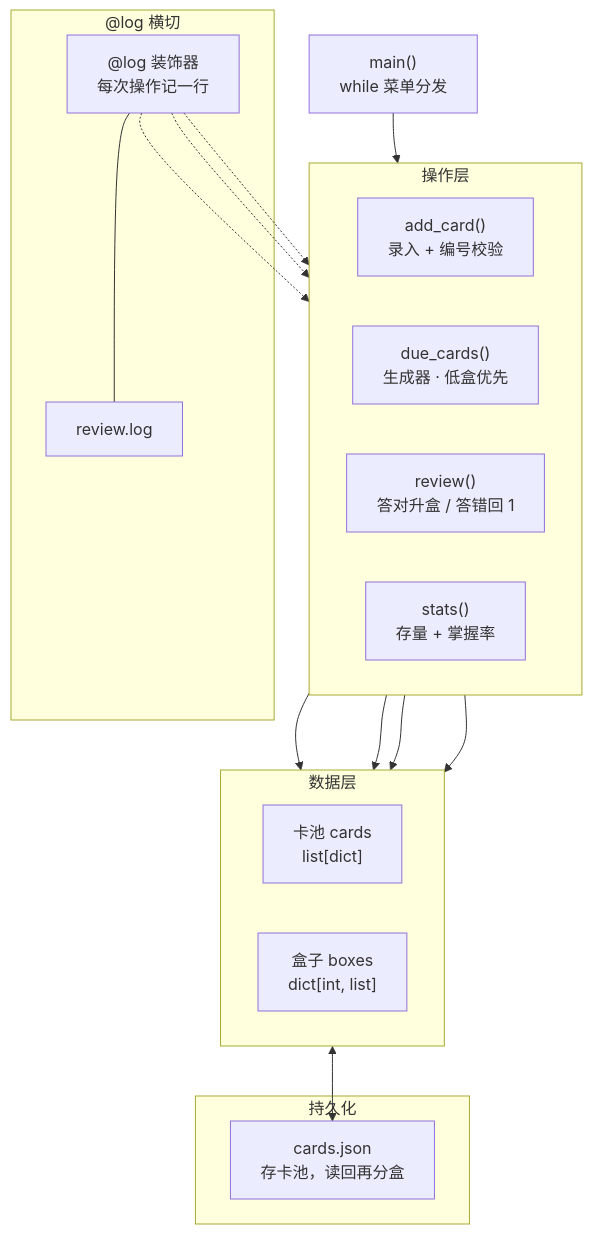
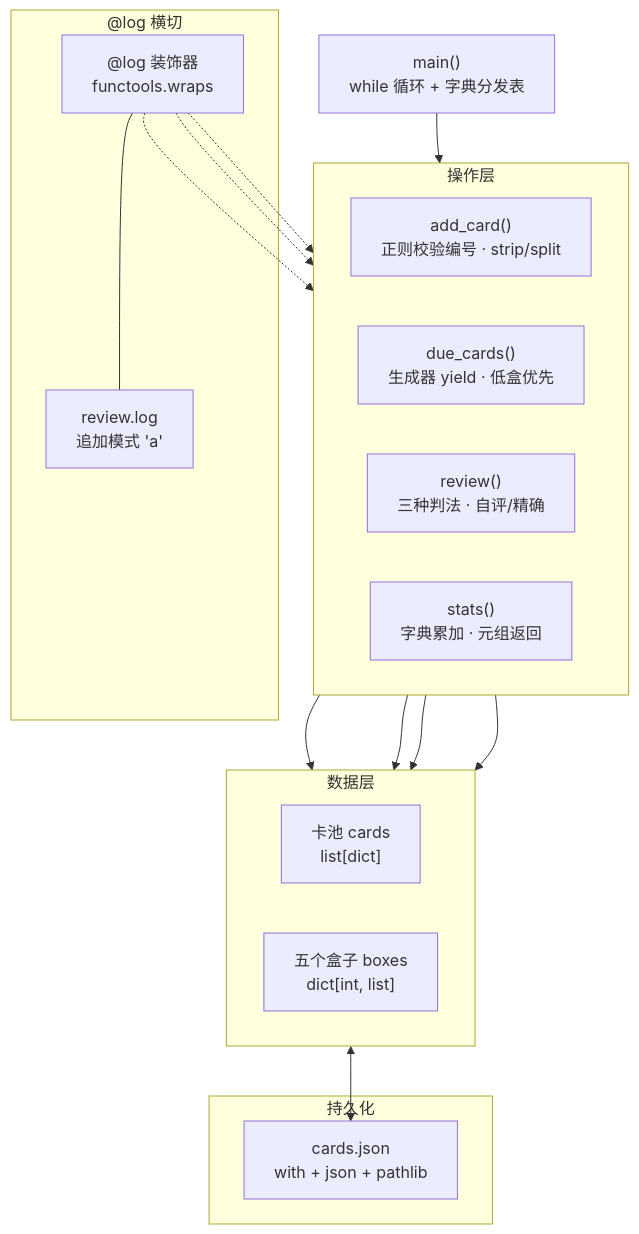
One commit to wzg-ui/blog changed the diagram in content/posts/programming/python-flashcards.md. Above: the diagram before and after it, drawn with Mermaid. The commit also changed other lines of this file, not shown here.

Commit message:
卡片盒：聚焦背单词三题型（英译汉自评/汉译英精确/填空），架构图节点标注知识点 + 十三行对岗表

````diff
--- a/content/posts/programming/python-flashcards.md
+++ b/content/posts/programming/python-flashcards.md
@@ -54,33 +94,33 @@
 ```mermaid
 flowchart TB
-    M["main()<br/>while 菜单分发"]
+    M["main()<br/>while 循环 + 字典分发表"]
     M --> op
     subgraph op["操作层"]
         direction LR
-        A["add_card()<br/>录入 + 编号校验"]
-        D["due_cards()<br/>生成器 · 低盒优先"]
-        R["review()<br/>答对升盒 / 答错回 1"]
-        S["stats()<br/>存量 + 掌握率"]
+        A["add_card()<br/>正则校验编号 · strip/split"]
+        D["due_cards()<br/>生成器 yield · 低盒优先"]
+        R["review()<br/>三种判法 · 自评/精确"]
+        S["stats()<br/>字典累加 · 元组返回"]
     end
     A --> P
     D --> B
     R --> B
     S --> B
     subgraph data["数据层"]
         direction LR
         P["卡池 cards<br/>list[dict]"]
-        B["盒子 boxes<br/>dict[int, list]"]
+        B["五个盒子 boxes<br/>dict[int, list]"]
     end
     P <--> J
     subgraph store["持久化"]
-        J["cards.json<br/>存卡池，读回再分盒"]
+        J["cards.json<br/>with + json + pathlib"]
     end
     subgraph cross["@log 横切"]
-        X["@log 装饰器<br/>每次操作记一行"]
-        L["review.log"]
+        X["@log 装饰器<br/>functools.wraps"]
+        L["review.log<br/>追加模式 'a'"]
         X --- L
     end
     X -.-> A
     X -.-> R
     X -.-> S
 ```
````
